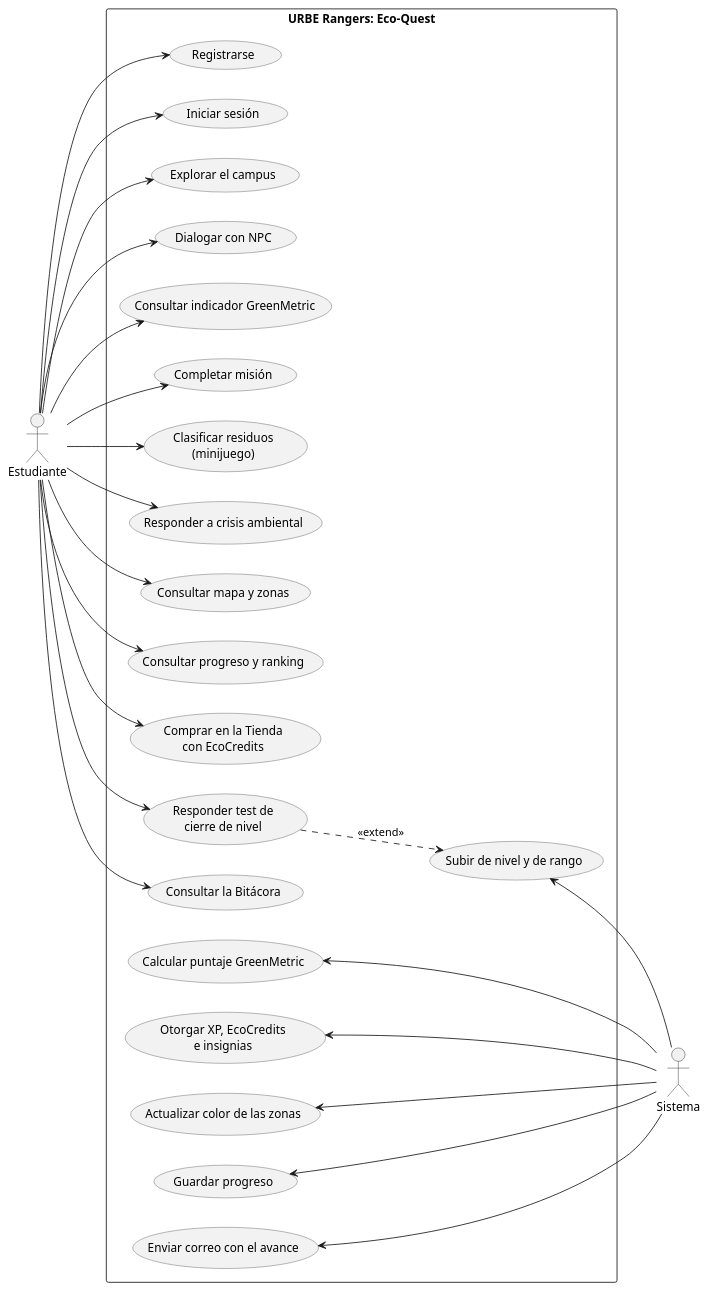
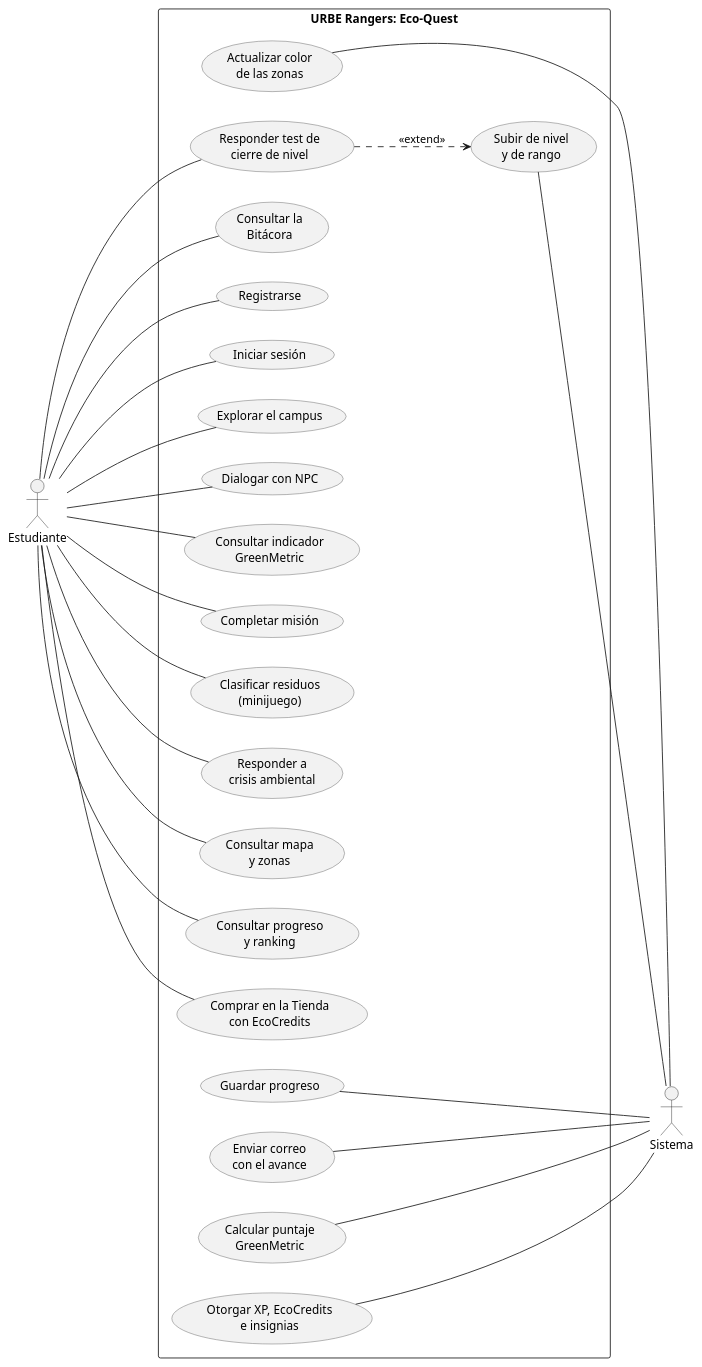
Before and after one commit to Ereyes05/green-metric-urbe: the diagram in docs/diagrama_casos_uso.puml, drawn with PlantUML. The commit also changed other lines of this file, not shown here.

Commit message:
docs: casos de uso a lo ancho (3 columnas) y asociaciones sin punta

```diff
--- a/docs/diagrama_casos_uso.puml
+++ b/docs/diagrama_casos_uso.puml
@@ -4,57 +8,62 @@
 @startuml
 left to right direction
-skinparam packageStyle rectangle
 skinparam usecase {
   BackgroundColor #F2F2F2
   BorderColor #555555
 }
 
 actor Estudiante
 actor Sistema
 
 rectangle "URBE Rangers: Eco-Quest" {
   usecase "Registrarse" as HU1
   usecase "Iniciar sesión" as HU2
   usecase "Explorar el campus" as HU3
   usecase "Dialogar con NPC" as HU4
-  usecase "Consultar indicador GreenMetric" as HU5
+  usecase "Consultar indicador\nGreenMetric" as HU5
   usecase "Completar misión" as HU6
   usecase "Clasificar residuos\n(minijuego)" as HU7
-  usecase "Responder a crisis ambiental" as HU8
-  usecase "Consultar mapa y zonas" as HU10
-  usecase "Consultar progreso y ranking" as HU11
+
+  usecase "Responder a\ncrisis ambiental" as HU8
+  usecase "Consultar mapa\ny zonas" as HU10
+  usecase "Consultar progreso\ny ranking" as HU11
   usecase "Comprar en la Tienda\ncon EcoCredits" as HU12
   usecase "Responder test de\ncierre de nivel" as HU13
-  usecase "Consultar la Bitácora" as HU14
+  usecase "Consultar la\nBitácora" as HU14
 
-  usecase "Subir de nivel y de rango" as HU9
-  usecase "Calcular puntaje GreenMetric" as S1
+  usecase "Subir de nivel\ny de rango" as HU9
+  usecase "Calcular puntaje\nGreenMetric" as S1
   usecase "Otorgar XP, EcoCredits\ne insignias" as S2
-  usecase "Actualizar color de las zonas" as S3
+  usecase "Actualizar color\nde las zonas" as S3
   usecase "Guardar progreso" as S4
-  usecase "Enviar correo con el avance" as S5
+  usecase "Enviar correo\ncon el avance" as S5
 }
 
-Estudiante --> HU1
-Estudiante --> HU2
-Estudiante --> HU3
-Estudiante --> HU4
-Estudiante --> HU5
-Estudiante --> HU6
-Estudiante --> HU7
-Estudiante --> HU8
-Estudiante --> HU10
-Estudiante --> HU11
-Estudiante --> HU12
-Estudiante --> HU13
-Estudiante --> HU14
+' Primera columna
+Estudiante -- HU1
+Estudiante -- HU2
+Estudiante -- HU3
+Estudiante -- HU4
+Estudiante -- HU5
+Estudiante -- HU6
+Estudiante -- HU7
 
-HU9 <-- Sistema
-S1 <-- Sistema
-S2 <-- Sistema
-S3 <-- Sistema
-S4 <-- Sistema
-S5 <-- Sistema
+' Segunda columna
+Estudiante --- HU8
+Estudiante --- HU10
+Estudiante --- HU11
+Estudiante --- HU12
+Estudiante --- HU13
+Estudiante --- HU14
+
+' Tercera columna (sistema), con el actor a la derecha
+Estudiante -[hidden]---- HU9
+HU9 -- Sistema
+S1 -- Sistema
+S2 -- Sistema
+S3 -- Sistema
+S4 -- Sistema
+S5 -- Sistema
 
 HU13 ..> HU9 : <<extend>>
 @enduml
```
